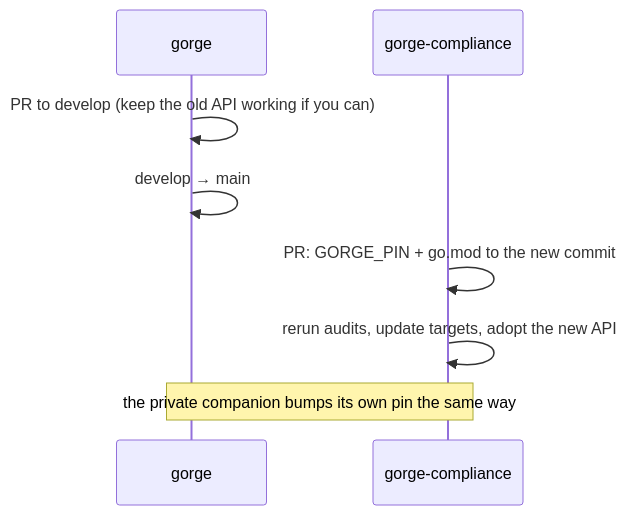
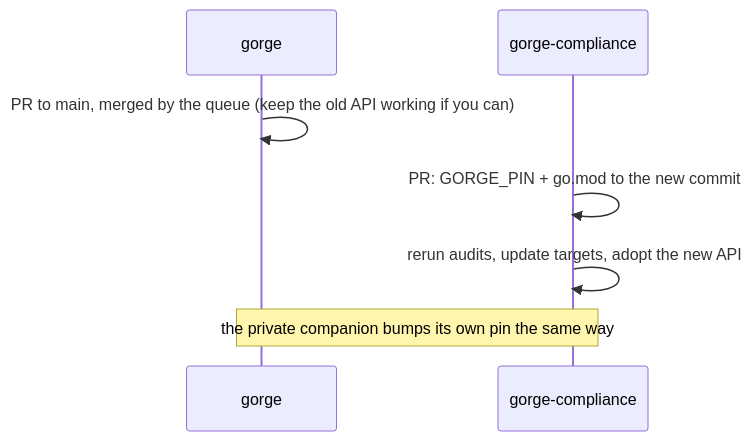
The third of 3 diagrams in docs/site/repos/index.md (adams-shaun/gorge), drawn with Mermaid before and after one commit. The commit also changed other lines of this file and 8 other files, not shown here.

Commit message:
docs: describe the Mergify merge queue to main, retire develop/promote

````diff
--- a/docs/site/repos/index.md
+++ b/docs/site/repos/index.md
@@ -216,10 +221,9 @@
 ```mermaid
 sequenceDiagram
   participant G as gorge
   participant C as gorge-compliance
-  G->>G: PR to develop (keep the old API working if you can)
-  G->>G: develop → main
+  G->>G: PR to main, merged by the queue (keep the old API working if you can)
   C->>C: PR: GORGE_PIN + go.mod to the new commit
   C->>C: rerun audits, update targets, adopt the new API
   Note over G,C: the private companion bumps its own pin the same way
 ```
````
